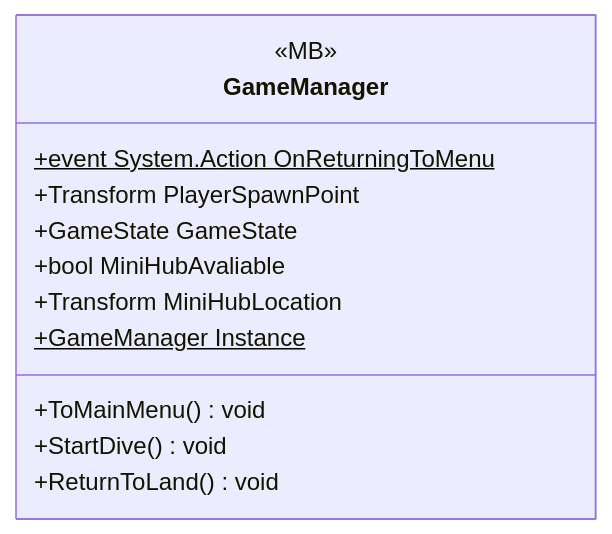
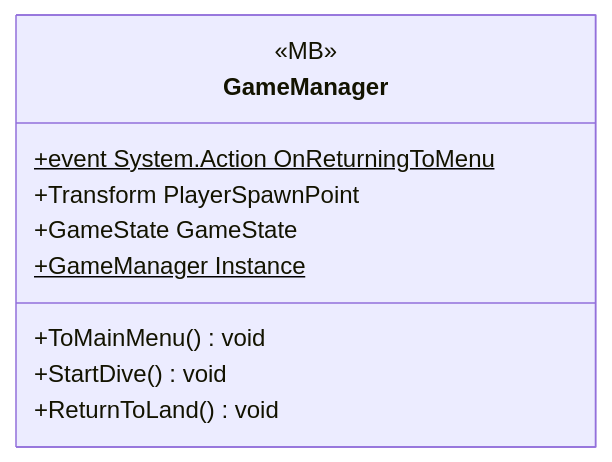
The diagram in docs/uml/modules/Gameplay_Game.md (PhumipatWave/project-ocean), drawn with Mermaid before and after one commit. The commit also changed other lines of this file and 102 other files, not shown here.

````diff
--- a/docs/uml/modules/Gameplay_Game.md
+++ b/docs/uml/modules/Gameplay_Game.md
@@ -7,16 +7,14 @@
 ```mermaid
 classDiagram
   direction LR
   class GameManager {
     <<MB>>
     +event System.Action OnReturningToMenu$
     +Transform PlayerSpawnPoint
     +GameState GameState
-    +bool MiniHubAvaliable
-    +Transform MiniHubLocation
     +GameManager Instance$
     +ToMainMenu() void
     +StartDive() void
     +ReturnToLand() void
   }
 ```
````
